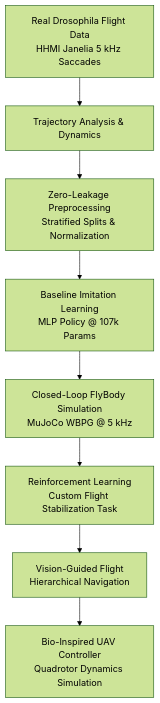
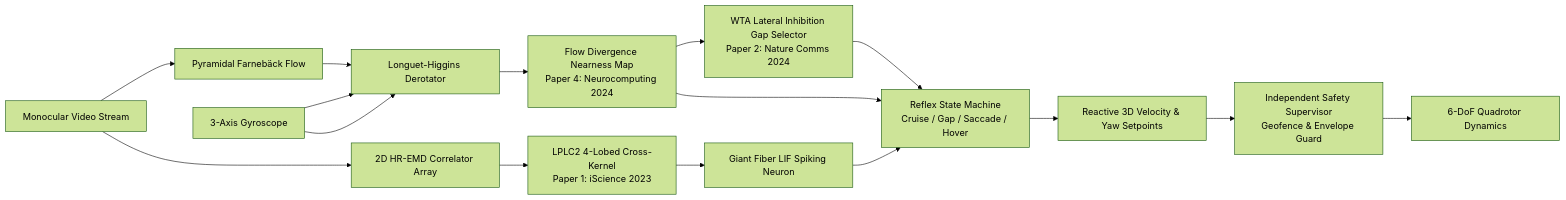
The diagram in README.md (jadhavJester/FlyMind), drawn with Mermaid (forest theme) before and after one commit. The commit also changed other lines of this file and 69 other files, not shown here.

Commit message:
feat: Implement FlyMind insect-inspired autonomous UAV flight intelligence platform

````diff
--- a/README.md
+++ b/README.md
@@ -14,10 +29,15 @@
 ```mermaid
-flowchart TD
-    A[Real Drosophila Flight Data\nHHMI Janelia 5 kHz Saccades] --> B[Trajectory Analysis & Dynamics]
-    B --> C[Zero-Leakage Preprocessing\nStratified Splits & Normalization]
-    C --> D[Baseline Imitation Learning\nMLP Policy @ 107k Params]
-    D --> E[Closed-Loop FlyBody Simulation\nMuJoCo WBPG @ 5 kHz]
-    E --> F[Reinforcement Learning\nCustom Flight Stabilization Task]
-    F --> G[Vision-Guided Flight\nHierarchical Navigation]
-    G --> H[Bio-Inspired UAV Controller\nQuadrotor Dynamics Simulation]
+flowchart LR
+    A[Monocular Video Stream] --> B[Pyramidal Farnebäck Flow]
+    A --> C[2D HR-EMD Correlator Array]
+    IMU[3-Axis Gyroscope] --> D[Longuet-Higgins Derotator]
+    B & IMU --> D
+    D --> E[Flow Divergence Nearness Map\nPaper 4: Neurocomputing 2024]
+    C --> F[LPLC2 4-Lobed Cross-Kernel\nPaper 1: iScience 2023]
+    F --> G[Giant Fiber LIF Spiking Neuron]
+    E --> H[WTA Lateral Inhibition Gap Selector\nPaper 2: Nature Comms 2024]
+    G & H & E --> I[Reflex State Machine\nCruise / Gap / Saccade / Hover]
+    I --> J[Reactive 3D Velocity & Yaw Setpoints]
+    J --> K[Independent Safety Supervisor\nGeofence & Envelope Guard]
+    K --> L[6-DoF Quadrotor Dynamics]
 ```
````
